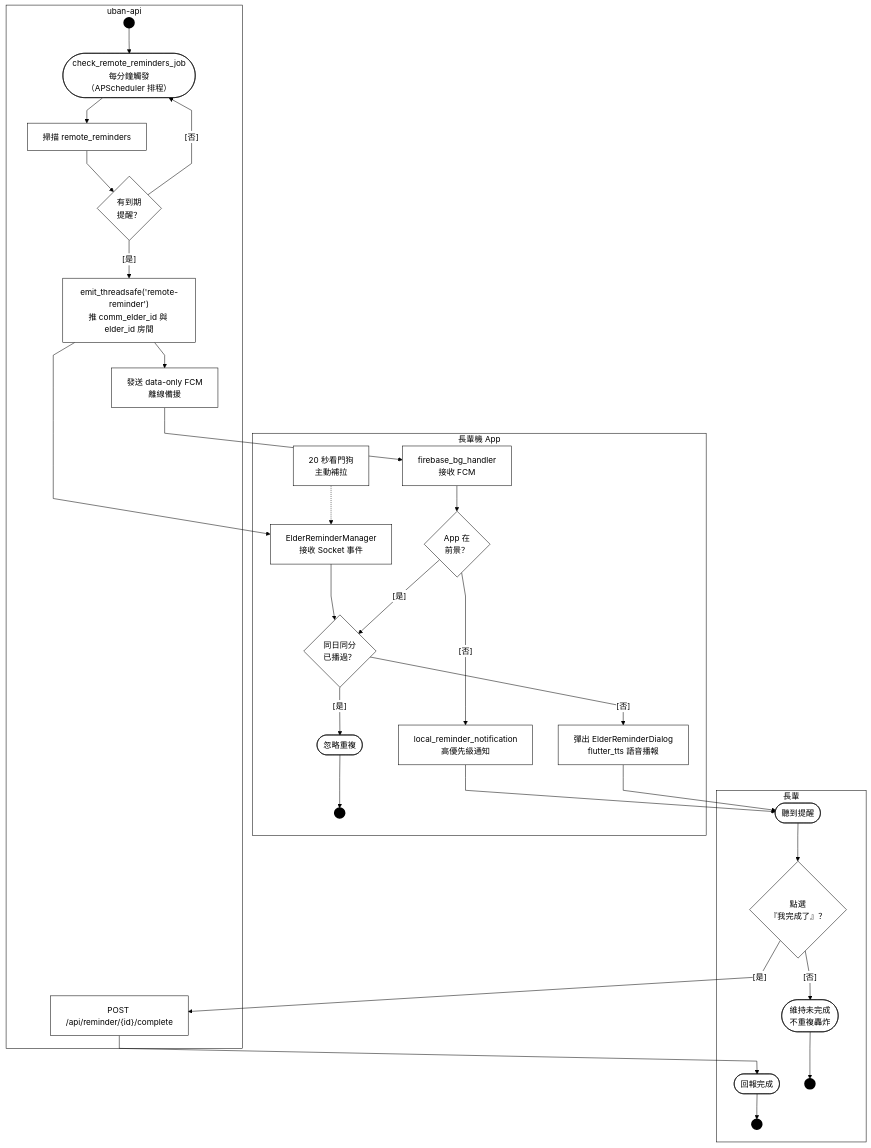
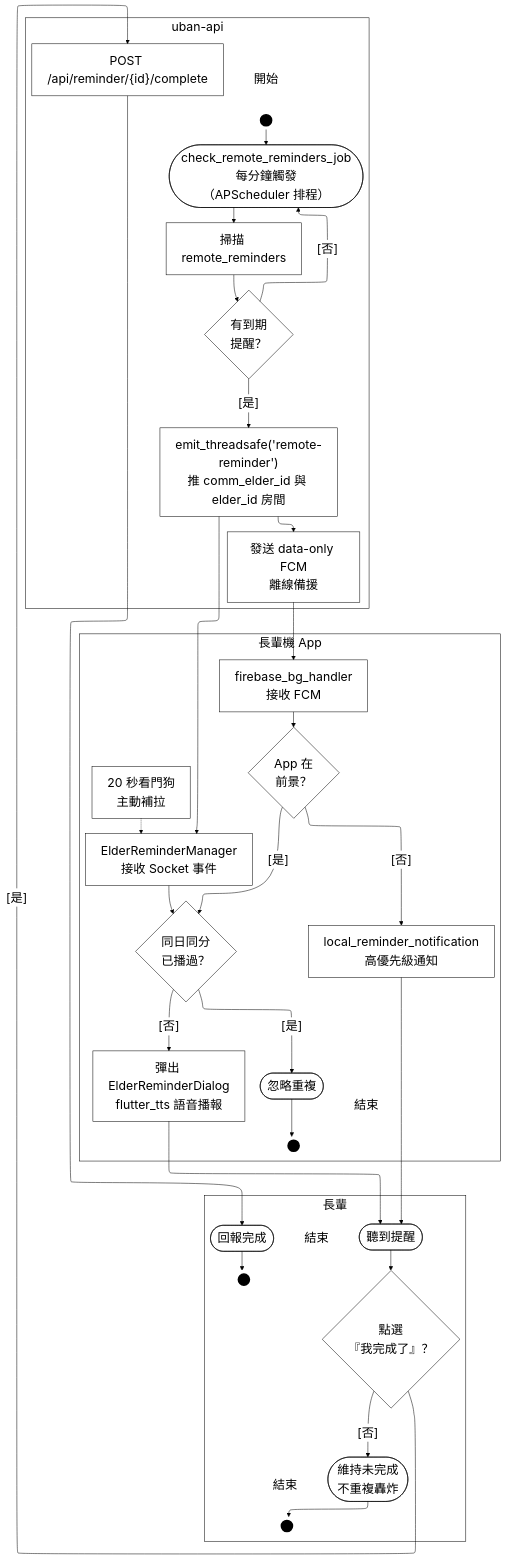
The diagram in Uban System Documents/mermaid原始碼/A03-AI日常提醒.mmd (HuangYu-Kai/Uban), drawn with Mermaid before and after one commit. The commit also changed 37 other files, not shown here.

First line of the commit message:
圖表：改用 ELK 正交路由、字體放大到 24px、起訖點加上開始與結束標註

```diff
--- a/Uban System Documents/mermaid原始碼/A03-AI日常提醒.mmd
+++ b/Uban System Documents/mermaid原始碼/A03-AI日常提醒.mmd
@@ -1,60 +1,71 @@
-%%{init:{"flowchart":{"curve":"linear","htmlLabels":true},"themeVariables":{"clusterBkg":"#FFFFFF","clusterBorder":"#000000","edgeLabelBackground":"#FFFFFF","textColor":"#000000","nodeTextColor":"#000000","titleColor":"#000000","lineColor":"#000000"}}}%%
+%%{init:{"layout":"elk","elk":{"mergeEdges":false},"flowchart":{"htmlLabels":true},"themeVariables":{"clusterBkg":"#FFFFFF","clusterBorder":"#000000","edgeLabelBackground":"#FFFFFF","textColor":"#000000","nodeTextColor":"#000000","titleColor":"#000000","lineColor":"#000000","fontSize":"24px"}}}%%
 flowchart TD
   subgraph ROLE["長輩"]
     S1(["聽到提醒"]):::act
     S2{"點選<br/>『我完成了』？"}:::dec
     S3(["回報完成"]):::act
+    LE_S3["結束"]:::lbl
     EN_S3(("&nbsp;")):::term
     S4(["維持未完成<br/>不重複轟炸"]):::act
+    LE_S4["結束"]:::lbl
     EN_S4(("&nbsp;")):::term
   end
   subgraph FE["長輩機 App"]
     A1["ElderReminderManager<br/>接收 Socket 事件"]:::act
     A2["firebase_bg_handler<br/>接收 FCM"]:::act
     A3{"同日同分<br/>已播過？"}:::dec
     A4["彈出 ElderReminderDialog<br/>flutter_tts 語音播報"]:::act
     A5["local_reminder_notification<br/>高優先級通知"]:::act
     A6{"App 在<br/>前景？"}:::dec
     W1["20 秒看門狗<br/>主動補拉"]:::act
     X(["忽略重複"]):::act
+    LE_X["結束"]:::lbl
     EN_X(("&nbsp;")):::term
   end
   subgraph BE["uban-api"]
+    LS_B1["開始"]:::lbl
     ST_B1(("&nbsp;")):::term
     B1(["check_remote_reminders_job<br/>每分鐘觸發<br/>（APScheduler 排程）"]):::act
     B2["掃描 remote_reminders"]:::act
     B3{"有到期<br/>提醒？"}:::dec
     B4["emit_threadsafe('remote-reminder')<br/>推 comm_elder_id 與 elder_id 房間"]:::act
     B5["發送 data-only FCM<br/>離線備援"]:::act
     C1["POST /api/reminder/{id}/complete"]:::act
   end
 
+  LS_B1 ~~~ ST_B1
   ST_B1 --> B1
   B1 --> B2
   B2 --> B3
   B3 -->|"[否]"| B1
   B3 -->|"[是]"| B4
   B4 --> B5
   B4 --> A1
   B5 --> A2
   A1 --> A3
   A2 --> A6
   A6 -->|"[是]"| A3
   A6 -->|"[否]"| A5
   A5 --> S1
   A3 -->|"[是]"| X
   A3 -->|"[否]"| A4
   A4 --> S1
   S1 --> S2
   S2 -->|"[是]"| C1
   C1 --> S3
   S2 -->|"[否]"| S4
   W1 -.-> A1
   S3 --> EN_S3
+  LE_S3 ~~~ EN_S3
   S4 --> EN_S4
+  LE_S4 ~~~ EN_S4
   X --> EN_X
+  LE_X ~~~ EN_X
+  %% 鎖住泳道順序：ELK 不照宣告順序排，沒有這條鏈後端會跑到最上面
+  ROLE ~~~ FE ~~~ BE
 
   classDef act  fill:#FFFFFF,stroke:#000000,stroke-width:1px,color:#000000
   classDef dec  fill:#FFFFFF,stroke:#000000,stroke-width:1px,color:#000000
   classDef term fill:#000000,stroke:#000000,stroke-width:3px,color:#000000
   classDef gap  fill:#FFFFFF,stroke:#000000,stroke-width:1px,color:#000000,stroke-dasharray:4 3
+  classDef lbl  fill:none,stroke:none,color:#000000
```
